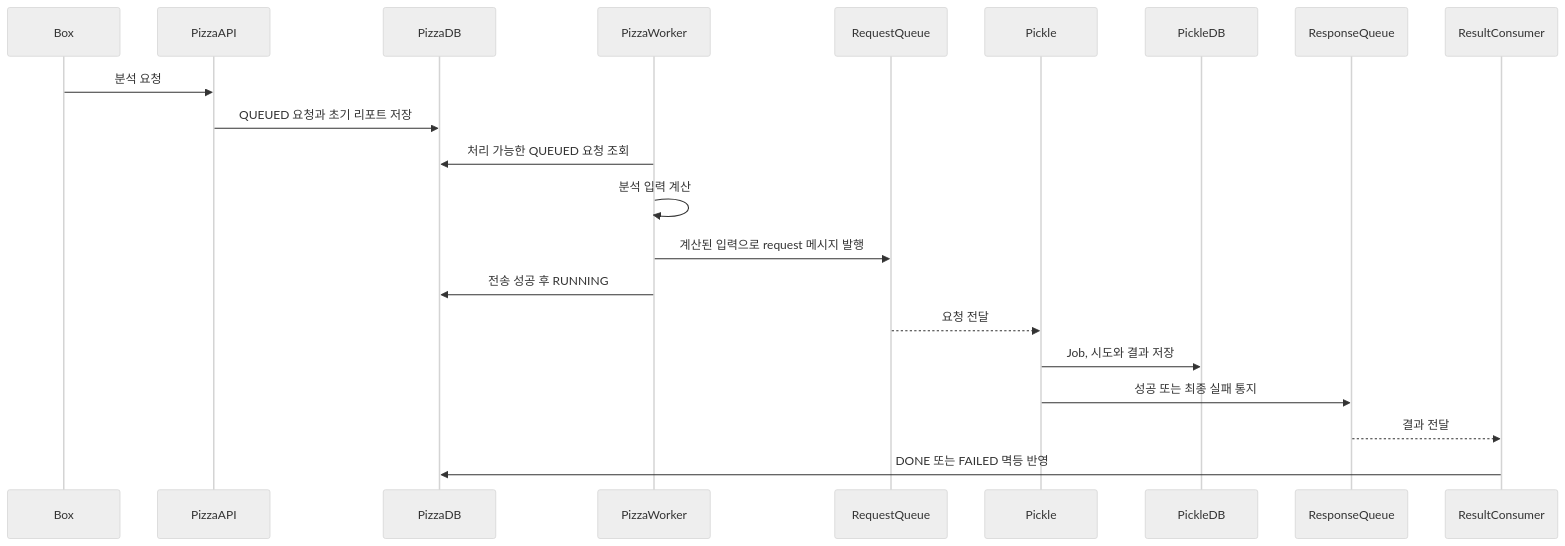
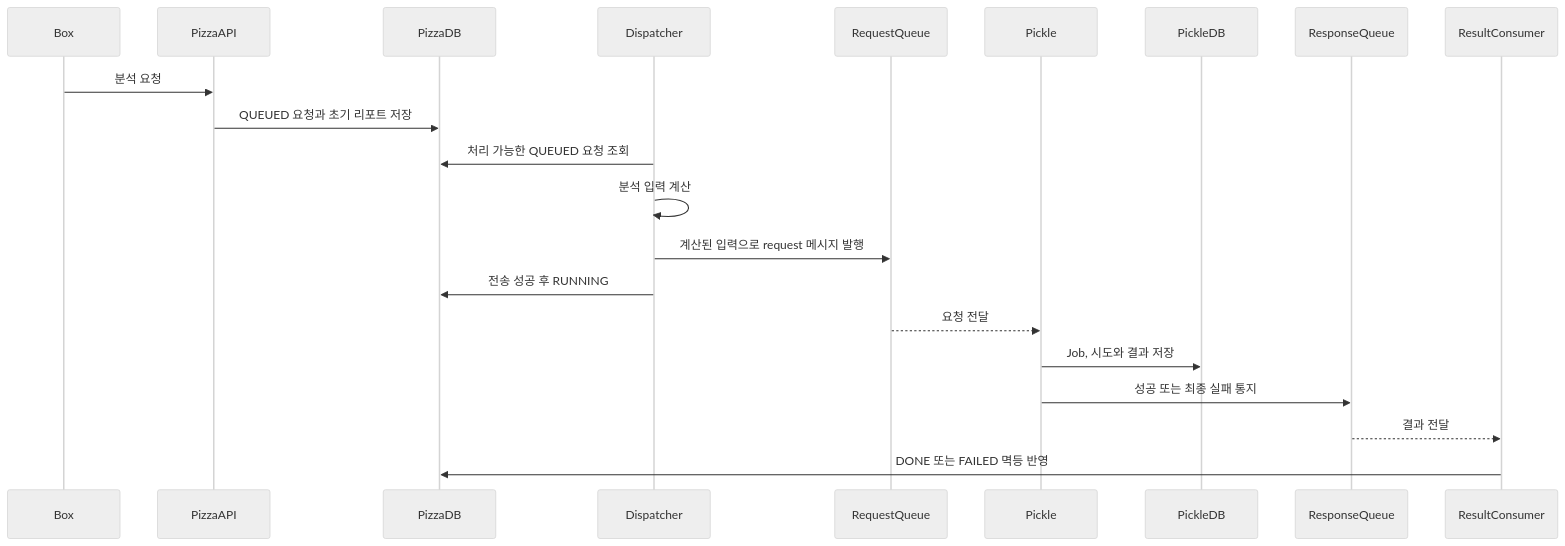
One commit to dawwson/psycho.pizza changed the second of 2 diagrams in docs/analysis-pipeline/README.md. Above: the diagram before and after it, drawn with Mermaid (neutral theme). The commit also changed other lines of this file and 28 other files, not shown here.

````diff
--- a/docs/analysis-pipeline/README.md
+++ b/docs/analysis-pipeline/README.md
@@ -78,24 +78,24 @@
 ```mermaid
 sequenceDiagram
     participant boxClient as Box
     participant PizzaAPI
     participant PizzaDB
-    participant PizzaWorker
+    participant Dispatcher
     participant RequestQueue
     participant Pickle
     participant PickleDB
     participant ResponseQueue
     participant ResultConsumer
 
     boxClient->>PizzaAPI: 분석 요청
     PizzaAPI->>PizzaDB: QUEUED 요청과 초기 리포트 저장
-    PizzaWorker->>PizzaDB: 처리 가능한 QUEUED 요청 조회
-    PizzaWorker->>PizzaWorker: 분석 입력 계산
-    PizzaWorker->>RequestQueue: 계산된 입력으로 request 메시지 발행
-    PizzaWorker->>PizzaDB: 전송 성공 후 RUNNING
+    Dispatcher->>PizzaDB: 처리 가능한 QUEUED 요청 조회
+    Dispatcher->>Dispatcher: 분석 입력 계산
+    Dispatcher->>RequestQueue: 계산된 입력으로 request 메시지 발행
+    Dispatcher->>PizzaDB: 전송 성공 후 RUNNING
     RequestQueue-->>Pickle: 요청 전달
     Pickle->>PickleDB: Job, 시도와 결과 저장
     Pickle->>ResponseQueue: 성공 또는 최종 실패 통지
     ResponseQueue-->>ResultConsumer: 결과 전달
     ResultConsumer->>PizzaDB: DONE 또는 FAILED 멱등 반영
 ```
````
